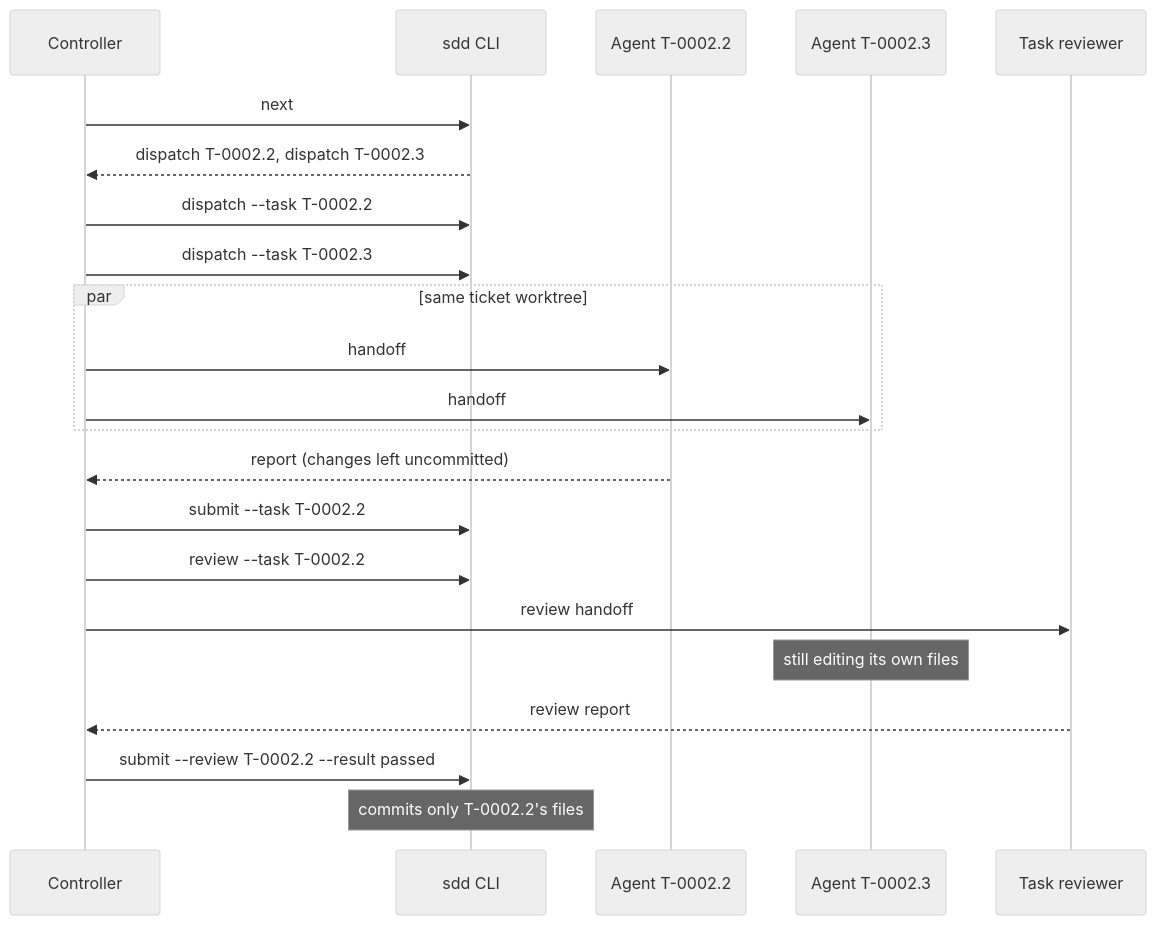
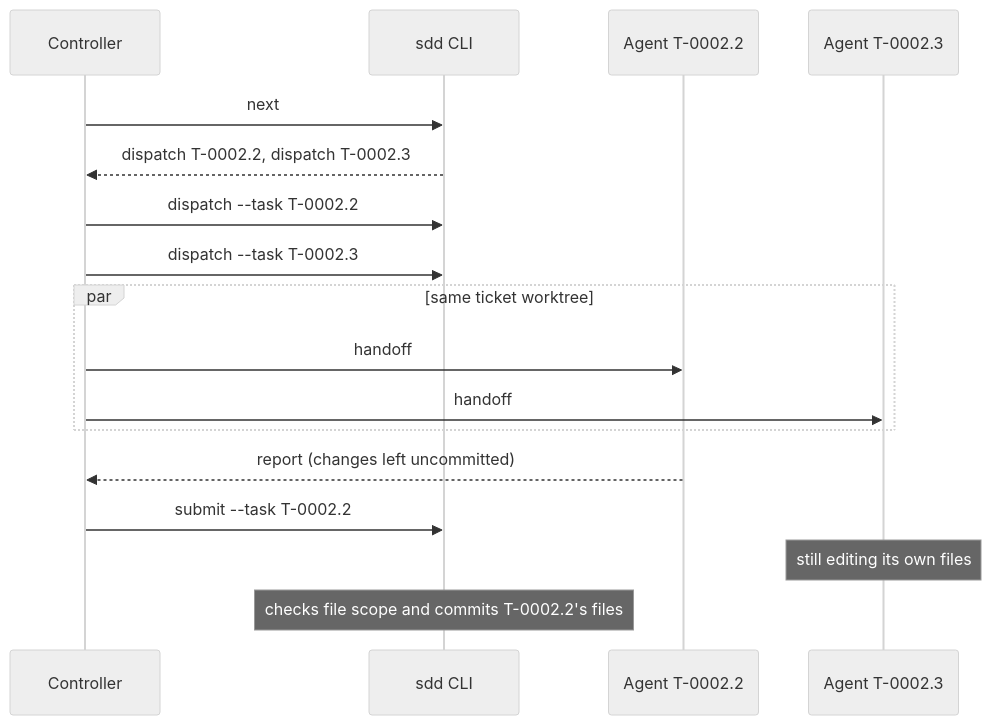
The third of 7 diagrams in SDD-WORKFLOWS.md (UseTheFork/spindle), drawn with Mermaid (neutral theme) before and after one commit. The commit also changed other lines of this file, not shown here.

Commit message:
feat: refine task submission and review process in SDD workflows

````diff
--- a/SDD-WORKFLOWS.md
+++ b/SDD-WORKFLOWS.md
@@ -140,24 +140,19 @@
 ```mermaid
 sequenceDiagram
     participant C as Controller
     participant CLI as sdd CLI
     participant W1 as Agent T-0002.2
     participant W2 as Agent T-0002.3
-    participant R as Task reviewer
     C->>CLI: next
     CLI-->>C: dispatch T-0002.2, dispatch T-0002.3
     C->>CLI: dispatch --task T-0002.2
     C->>CLI: dispatch --task T-0002.3
     par same ticket worktree
         C->>W1: handoff
         C->>W2: handoff
     end
     W1-->>C: report (changes left uncommitted)
     C->>CLI: submit --task T-0002.2
-    C->>CLI: review --task T-0002.2
-    C->>R: review handoff
     Note over W2: still editing its own files
-    R-->>C: review report
-    C->>CLI: submit --review T-0002.2 --result passed
-    Note over CLI: commits only T-0002.2's files
+    Note over CLI: checks file scope and commits T-0002.2's files
 ```
````
